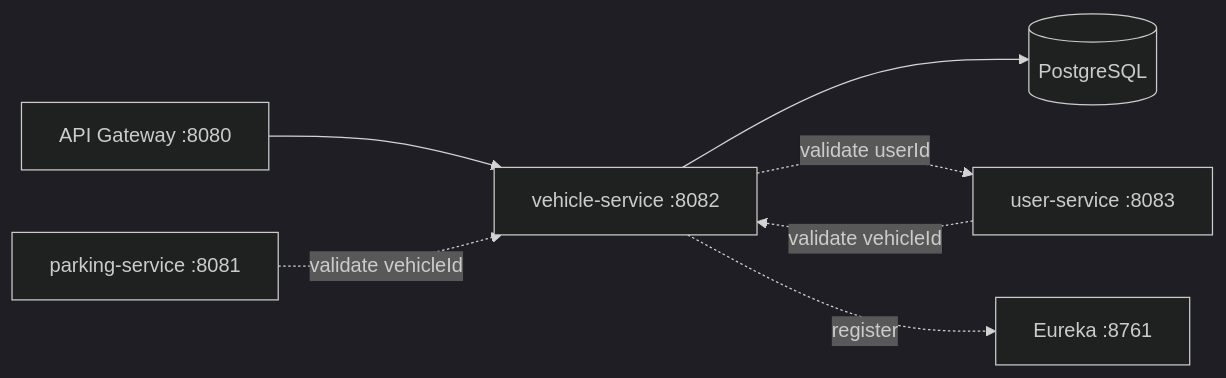
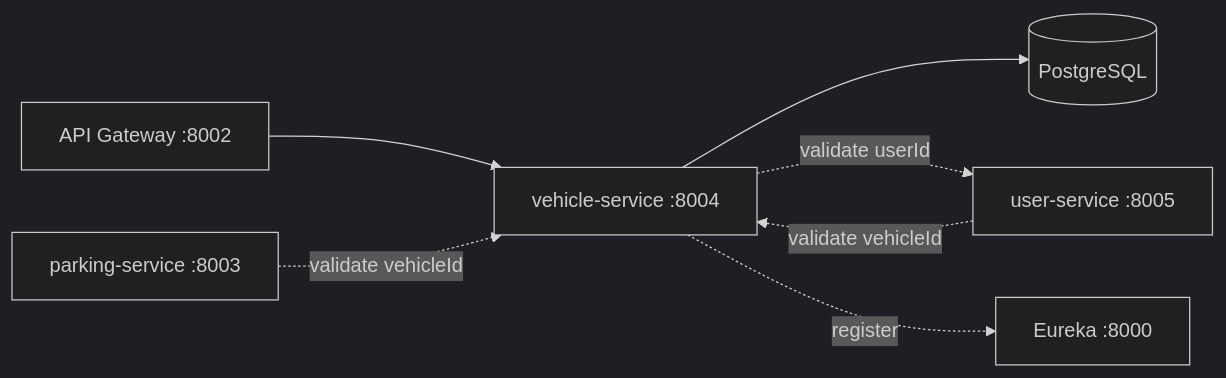
One commit to yasasbanukaofficial/kadolk-backend-microservice changed the diagram in services/vehicle-service/README.md. Above: the diagram before and after it, drawn with Mermaid (dark theme). The commit also changed other lines of this file and 33 other files, not shown here.

````diff
--- a/services/vehicle-service/README.md
+++ b/services/vehicle-service/README.md
@@ -7,9 +7,9 @@
 ```mermaid
 flowchart LR
-    Gateway[API Gateway :8080] --> Vehicle[vehicle-service :8082]
+    Gateway[API Gateway :8002] --> Vehicle[vehicle-service :8004]
     Vehicle --> DB[(PostgreSQL)]
-    Parking[parking-service :8081] -.validate vehicleId.-> Vehicle
-    User[user-service :8083] -.validate vehicleId.-> Vehicle
+    Parking[parking-service :8003] -.validate vehicleId.-> Vehicle
+    User[user-service :8005] -.validate vehicleId.-> Vehicle
     Vehicle -.validate userId.-> User
-    Vehicle -.register.-> Eureka[Eureka :8761]
+    Vehicle -.register.-> Eureka[Eureka :8000]
 ```
````
